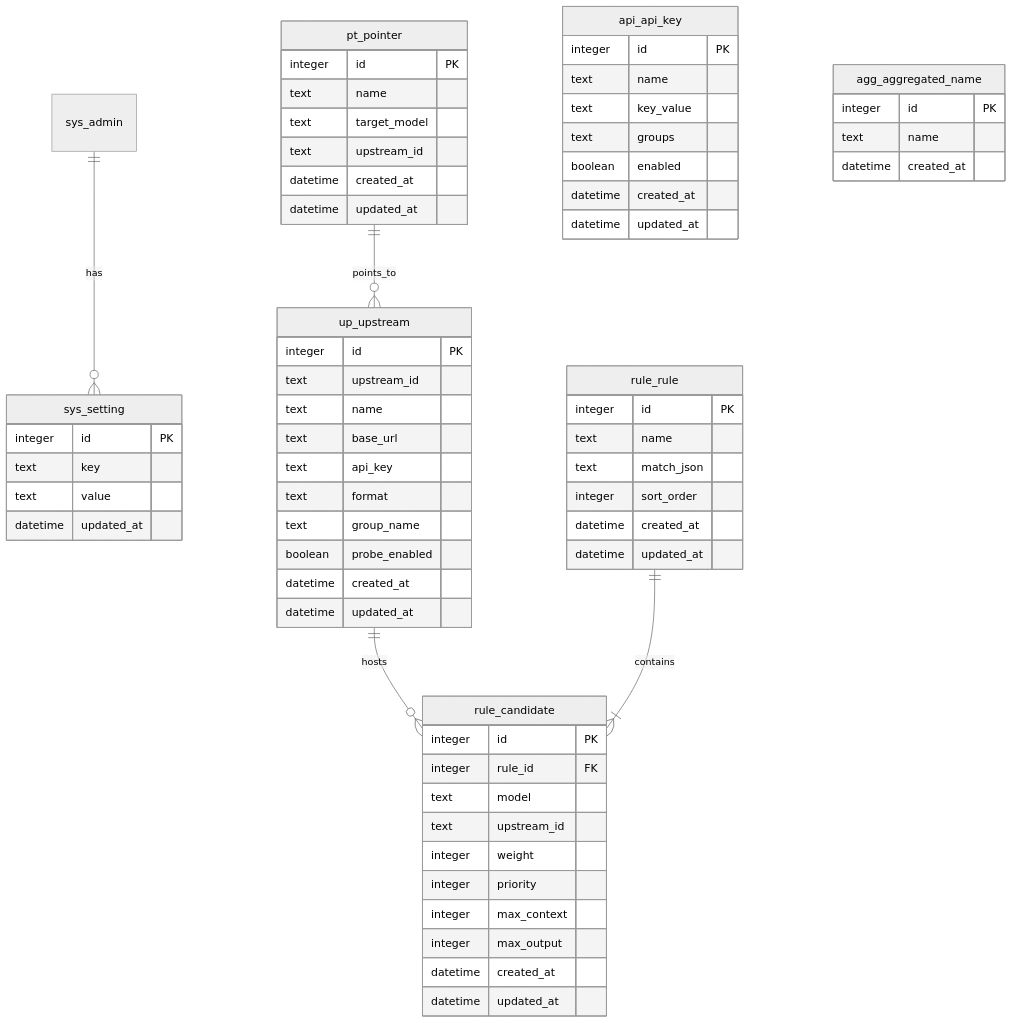
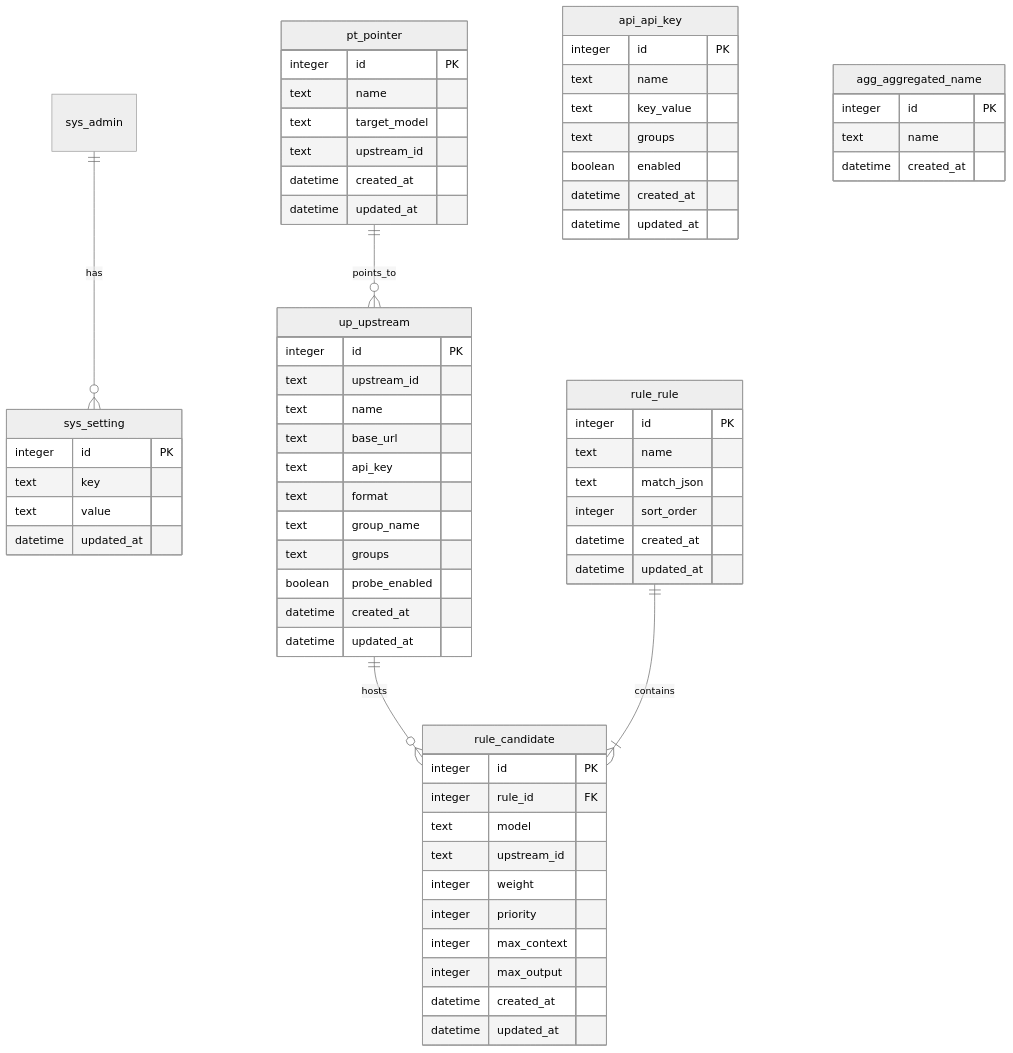
The diagram in docs/数据库设计.md (66wjz/smart_router), drawn with Mermaid (neutral theme) before and after one commit. The commit also changed other lines of this file and 12 other files, not shown here.

````diff
--- a/docs/数据库设计.md
+++ b/docs/数据库设计.md
@@ -23,68 +23,69 @@
 ```mermaid
 erDiagram
     sys_admin ||--o{ sys_setting : has
     up_upstream ||--o{ rule_candidate : hosts
     rule_rule ||--|{ rule_candidate : contains
     pt_pointer ||--o{ up_upstream : points_to
 
     api_api_key {
         integer id PK
         text name
         text key_value
         text groups
         boolean enabled
         datetime created_at
         datetime updated_at
     }
     up_upstream {
         integer id PK
         text upstream_id
         text name
         text base_url
         text api_key
         text format
         text group_name
+        text groups
         boolean probe_enabled
         datetime created_at
         datetime updated_at
     }
     rule_rule {
         integer id PK
         text name
         text match_json
         integer sort_order
         datetime created_at
         datetime updated_at
     }
     rule_candidate {
         integer id PK
         integer rule_id FK
         text model
         text upstream_id
         integer weight
         integer priority
         integer max_context
         integer max_output
         datetime created_at
         datetime updated_at
     }
     pt_pointer {
         integer id PK
         text name
         text target_model
         text upstream_id
         datetime created_at
         datetime updated_at
     }
     agg_aggregated_name {
         integer id PK
         text name
         datetime created_at
     }
     sys_setting {
         integer id PK
         text key
         text value
         datetime updated_at
     }
 ```
````
